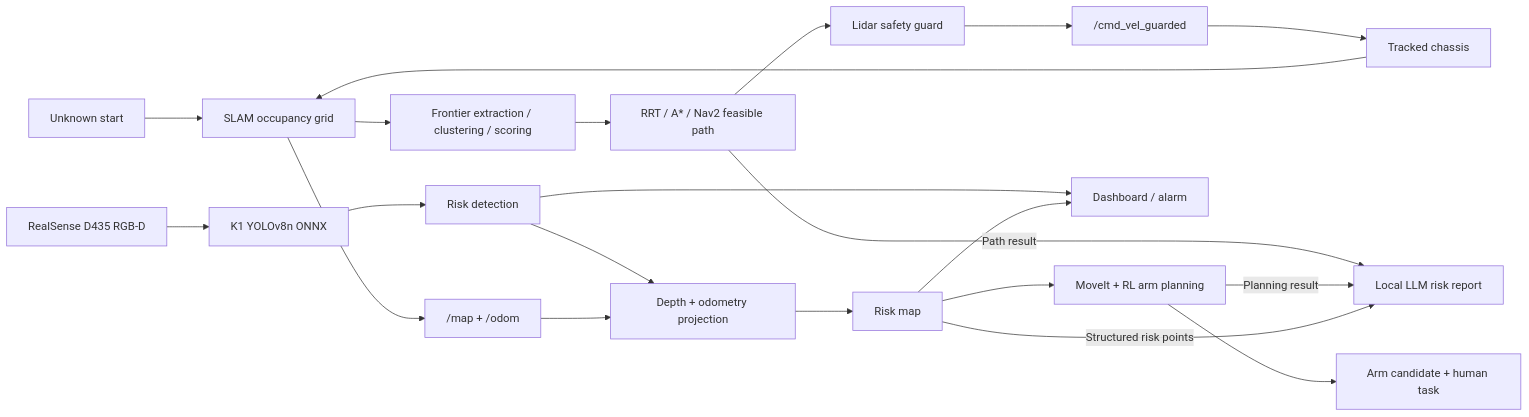
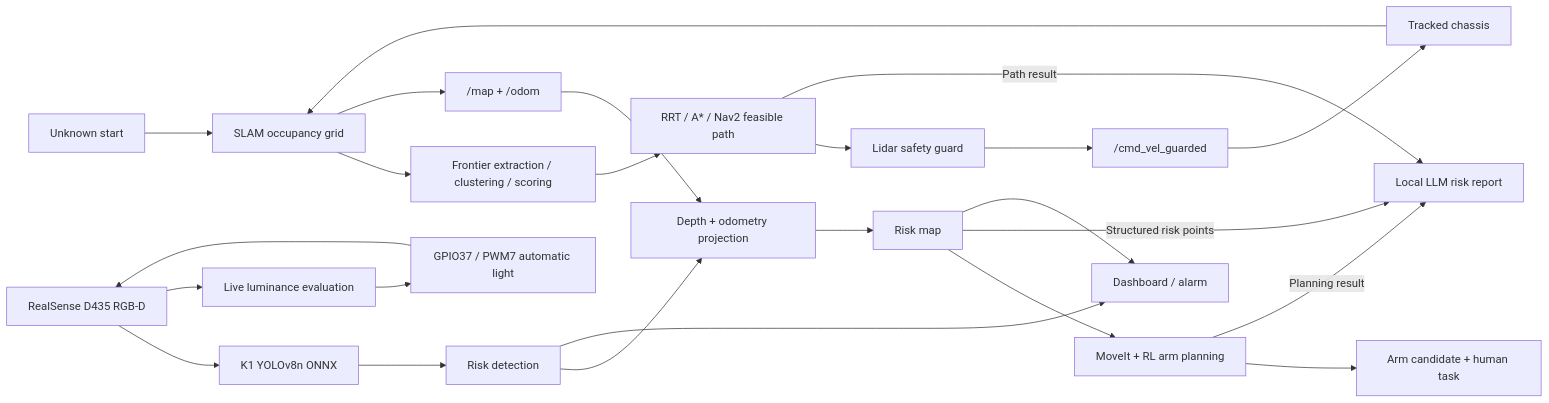
One commit to RickSanchezC5163/spacemit-k1-edge-ai-risk-robot changed the diagram in README.en.md. Above: the diagram before and after it, drawn with Mermaid. The commit also changed other lines of this file and 16 other files, not shown here.

Commit message:
Publish autonomous lighting and reporting flow

````diff
--- a/README.en.md
+++ b/README.en.md
@@ -155,24 +158,27 @@
 ```mermaid
 flowchart LR
     A["Unknown start"] --> B["SLAM occupancy grid"]
     B --> C["Frontier extraction / clustering / scoring"]
     C --> D["RRT / A* / Nav2 feasible path"]
     D --> E["Lidar safety guard"]
     E --> F["/cmd_vel_guarded"]
     F --> G["Tracked chassis"]
     G --> B
     B --> H["/map + /odom"]
 
     I["RealSense D435 RGB-D"] --> J["K1 YOLOv8n ONNX"]
     J --> K["Risk detection"]
     K --> L["Depth + odometry projection"]
     H --> L
     L --> M["Risk map"]
     M --> N["MoveIt + RL arm planning"]
     N --> O["Arm candidate + human task"]
     D -- "Path result" --> P["Local LLM risk report"]
     N -- "Planning result" --> P
     M -- "Structured risk points" --> P
     K --> Q["Dashboard / alarm"]
     M --> Q
+    I --> R["Live luminance evaluation"]
+    R --> S["GPIO37 / PWM7 automatic light"]
+    S --> I
 ```
````
